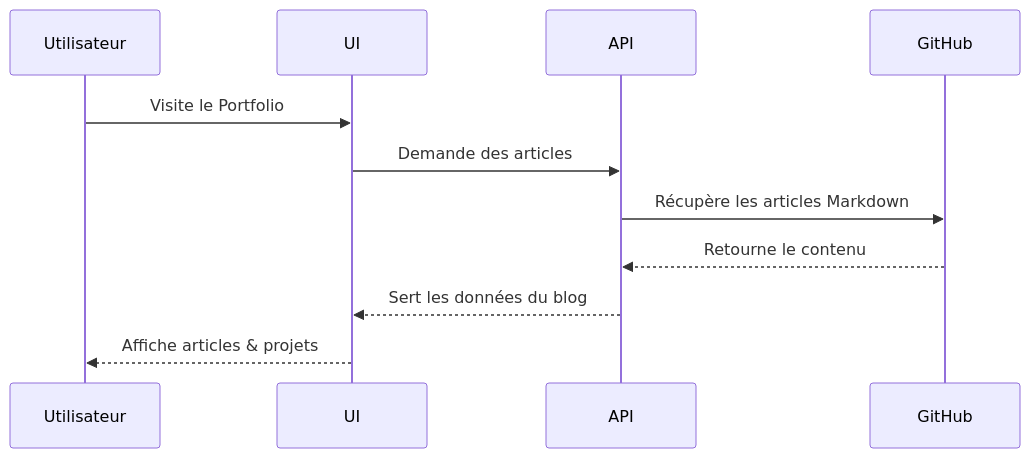
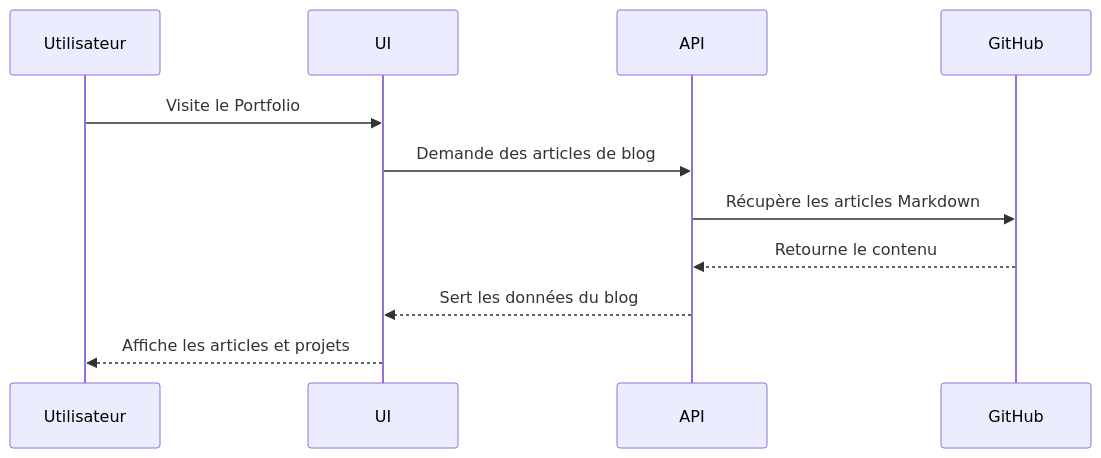
Before and after one commit to Mohammad77Radwan/PortfolioMR: the fourth of 4 diagrams in README.md, drawn with Mermaid. The commit also changed other lines of this file and 1 other file, not shown here.

````diff
--- a/README.md
+++ b/README.md
@@ -202,13 +198,13 @@
 ```mermaid
 sequenceDiagram
     participant Utilisateur
     participant UI
     participant API
     participant GitHub
     Utilisateur->>UI: Visite le Portfolio
-    UI->>API: Demande des articles
+    UI->>API: Demande des articles de blog
     API->>GitHub: Récupère les articles Markdown
     GitHub-->>API: Retourne le contenu
     API-->>UI: Sert les données du blog
-    UI-->>Utilisateur: Affiche articles & projets
+    UI-->>Utilisateur: Affiche les articles et projets
 ```
````
